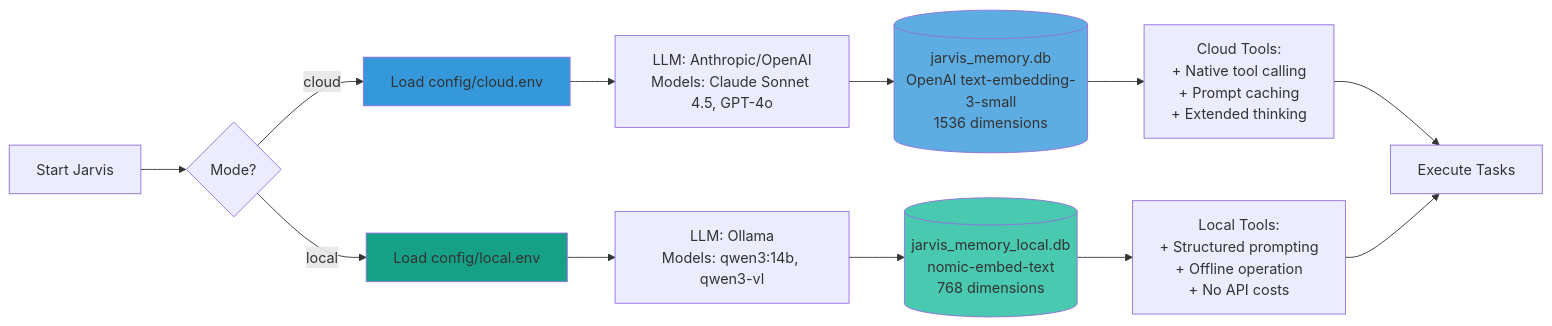
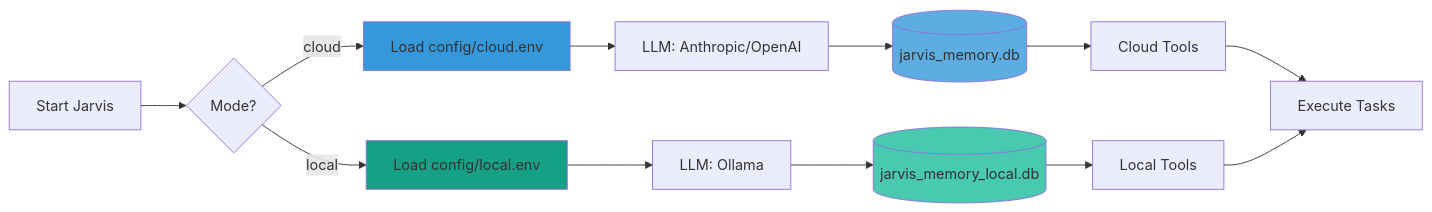
The sixth of 12 diagrams in docs/JARVIS_WORKFLOW.md (bigsk1/jarvis-voice), drawn with Mermaid before and after one commit. The commit also changed other lines of this file, not shown here.

Commit message:
remove <br from mermaid charts

````diff
--- a/docs/JARVIS_WORKFLOW.md
+++ b/docs/JARVIS_WORKFLOW.md
@@ -296,24 +308,24 @@
 ```mermaid
 graph LR
     Start[Start Jarvis] --> Mode{Mode?}
     
     Mode -->|cloud| CloudConfig[Load config/cloud.env]
     Mode -->|local| LocalConfig[Load config/local.env]
     
-    CloudConfig --> CloudLLM[LLM: Anthropic/OpenAI<br/>Models: Claude Sonnet 4.5, GPT-4o]
-    LocalConfig --> LocalLLM[LLM: Ollama<br/>Models: qwen3:14b, qwen3-vl]
+    CloudConfig --> CloudLLM[LLM: Anthropic/OpenAI]
+    LocalConfig --> LocalLLM[LLM: Ollama]
     
-    CloudLLM --> CloudDB[(jarvis_memory.db<br/>OpenAI text-embedding-3-small<br/>1536 dimensions)]
-    LocalLLM --> LocalDB[(jarvis_memory_local.db<br/>nomic-embed-text<br/>768 dimensions)]
+    CloudLLM --> CloudDB[(jarvis_memory.db)]
+    LocalLLM --> LocalDB[(jarvis_memory_local.db)]
     
-    CloudDB --> CloudTools[Cloud Tools:<br/>+ Native tool calling<br/>+ Prompt caching<br/>+ Extended thinking]
-    LocalDB --> LocalTools[Local Tools:<br/>+ Structured prompting<br/>+ Offline operation<br/>+ No API costs]
+    CloudDB --> CloudTools[Cloud Tools]
+    LocalDB --> LocalTools[Local Tools]
     
     CloudTools --> Execute[Execute Tasks]
     LocalTools --> Execute
     
     style CloudConfig fill:#3498db
     style LocalConfig fill:#16a085
     style CloudDB fill:#5dade2
     style LocalDB fill:#48c9b0
 ```
````
